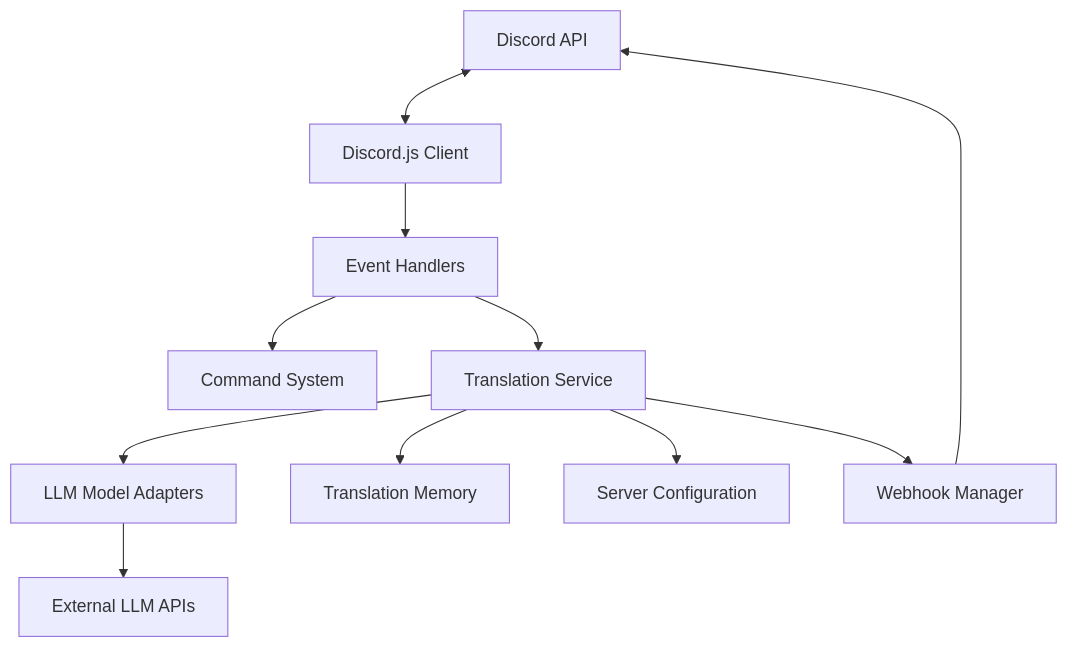
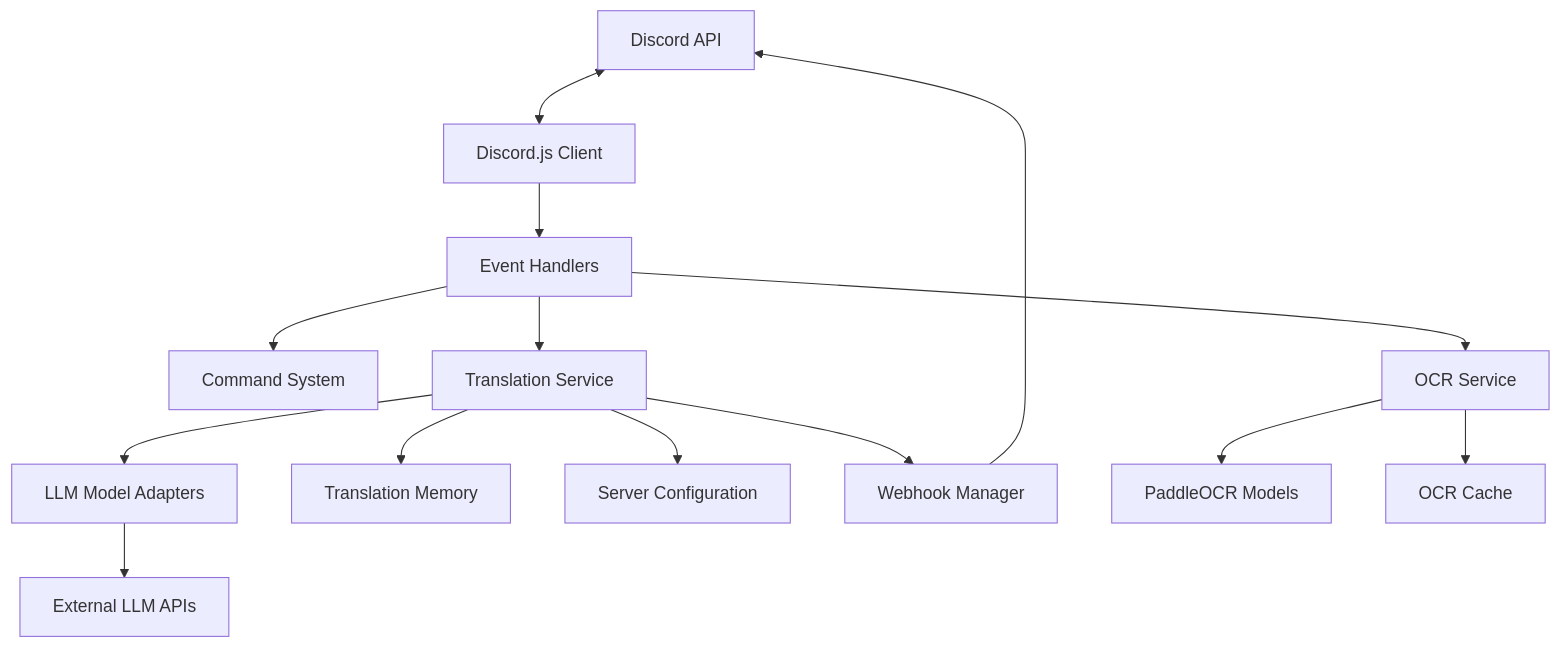
Before and after one commit to rainlynd/discord-translate-bot: the diagram in memory-bank/systemPatterns.md, drawn with Mermaid. The commit also changed other lines of this file and 8 other files, not shown here.

````diff
--- a/memory-bank/systemPatterns.md
+++ b/memory-bank/systemPatterns.md
@@ -7,13 +7,16 @@
 ```mermaid
 graph TD
     Discord["Discord API"] <--> Client[Discord.js Client]
     Client --> EventHandlers[Event Handlers]
     EventHandlers --> CommandSystem[Command System]
     EventHandlers --> TranslationService[Translation Service]
+    EventHandlers --> OCRService[OCR Service]
     TranslationService --> ModelAdapters[LLM Model Adapters]
     ModelAdapters --> ExternalAPIs[External LLM APIs]
     TranslationService --> TranslationMemory[Translation Memory]
     TranslationService --> ServerConfig[Server Configuration]
     TranslationService --> WebhookManager[Webhook Manager]
     WebhookManager --> Discord
+    OCRService --> PaddleOCR[PaddleOCR Models]
+    OCRService --> OCRCache[OCR Cache]
 ```
````
